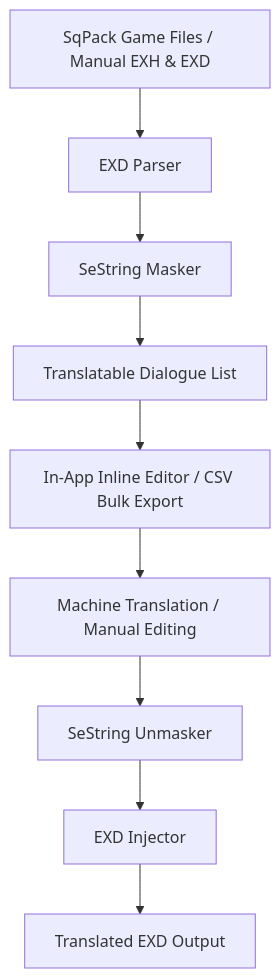
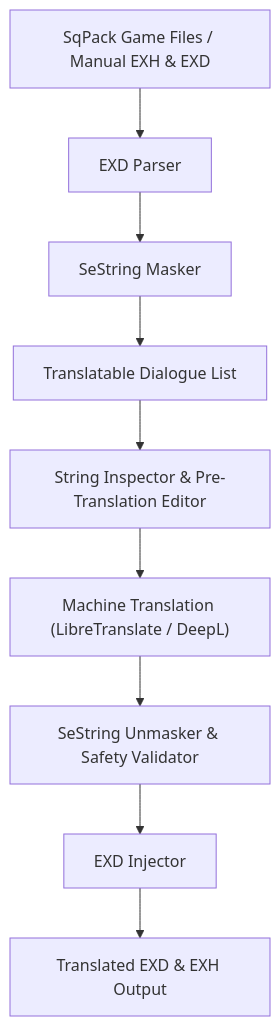
One commit to Keyain-Zasky/Interpresona changed the diagram in README.md. Above: the diagram before and after it, drawn with Mermaid. The commit also changed other lines of this file, not shown here.

Commit message:
Update README.md documentation with v1.9.28 features, architecture, and UI enhancements

````diff
--- a/README.md
+++ b/README.md
@@ -27,11 +34,11 @@
 ```mermaid
 graph TD
     A["SqPack Game Files / Manual EXH & EXD"] --> B["EXD Parser"]
     B --> C["SeString Masker"]
     C --> D["Translatable Dialogue List"]
-    D --> E["In-App Inline Editor / CSV Bulk Export"]
-    E --> F["Machine Translation / Manual Editing"]
-    F --> G["SeString Unmasker"]
+    D --> E["String Inspector & Pre-Translation Editor"]
+    E --> F["Machine Translation (LibreTranslate / DeepL)"]
+    F --> G["SeString Unmasker & Safety Validator"]
     G --> H["EXD Injector"]
-    H --> I["Translated EXD Output"]
+    H --> I["Translated EXD & EXH Output"]
 ```
````
